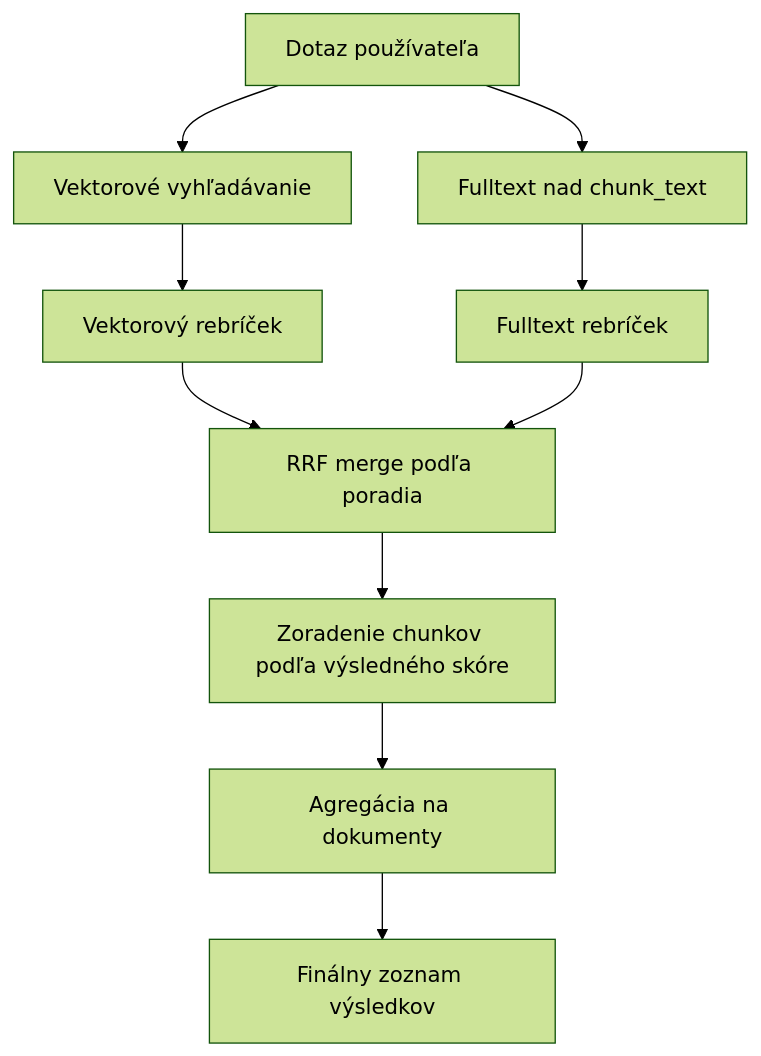
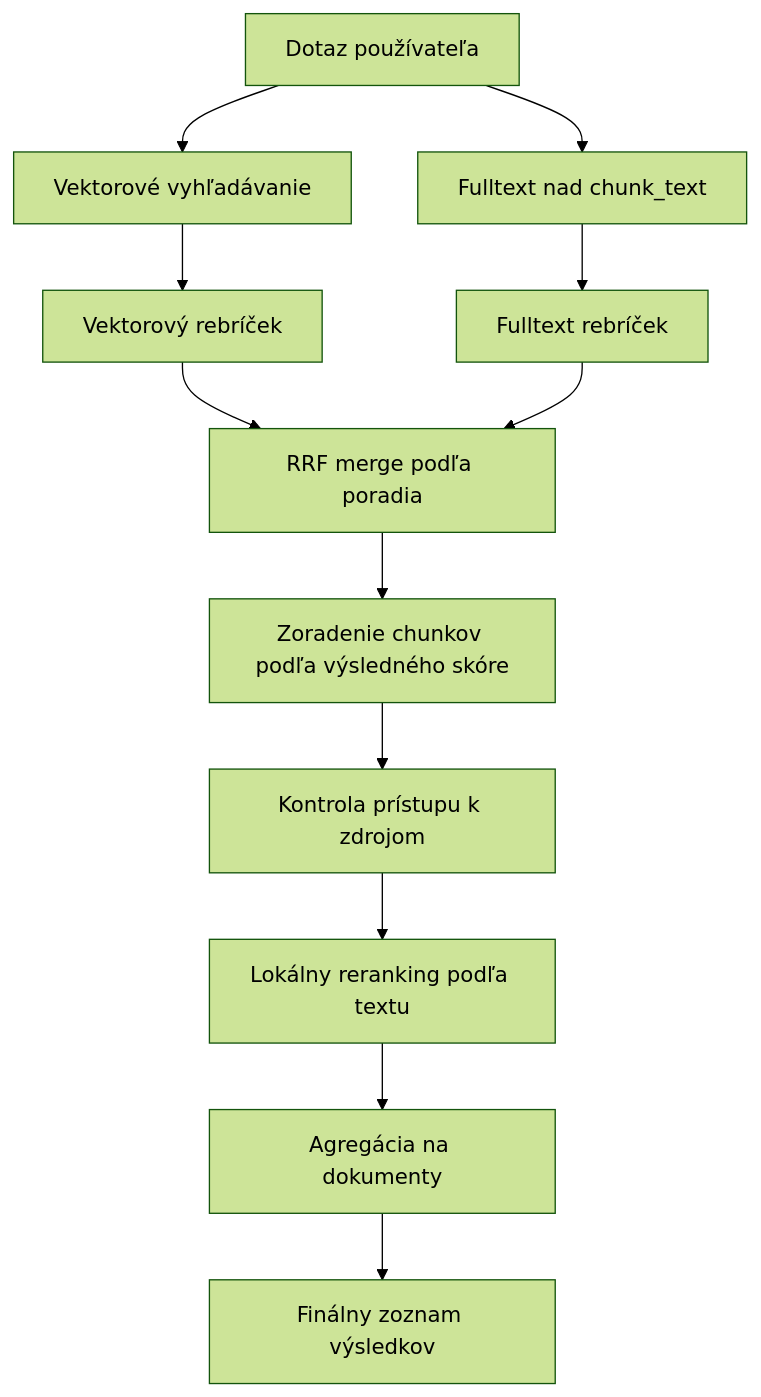
Before and after one commit to webjetcms/webjetcms: the first of 2 diagrams in docs/sk/custom-apps/apps/rag/semantic-search/README.md, drawn with Mermaid (forest theme). The commit also changed other lines of this file and 16 other files, not shown here.

````diff
--- a/docs/sk/custom-apps/apps/rag/semantic-search/README.md
+++ b/docs/sk/custom-apps/apps/rag/semantic-search/README.md
@@ -214,15 +216,17 @@
 ```mermaid
 flowchart TD
 	Q[Dotaz používateľa] --> V[Vektorové vyhľadávanie]
 	Q --> F[Fulltext nad chunk_text]
 
 	V --> VR[Vektorový rebríček]
 	F --> FR[Fulltext rebríček]
 
 	VR --> RRF[RRF merge podľa poradia]
 	FR --> RRF
 
 	RRF --> S[Zoradenie chunkov podľa výsledného skóre]
-	S --> D[Agregácia na dokumenty]
+	S --> A[Kontrola prístupu k zdrojom]
+	A --> R[Lokálny reranking podľa textu]
+	R --> D[Agregácia na dokumenty]
 	D --> O[Finálny zoznam výsledkov]
 ```
````
